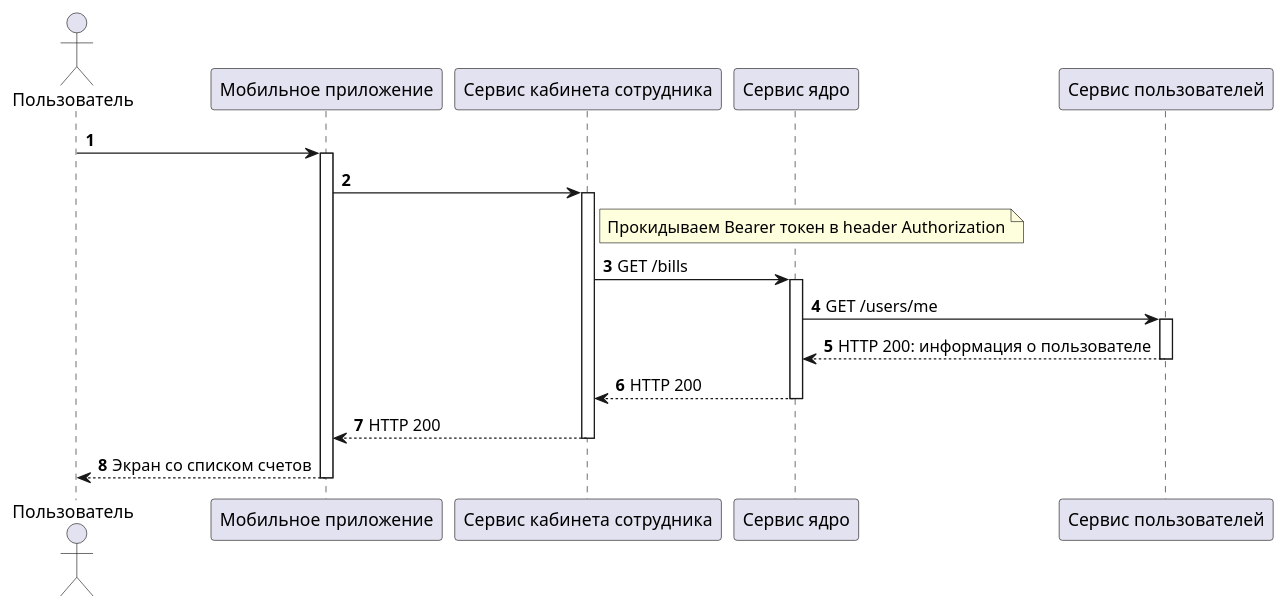
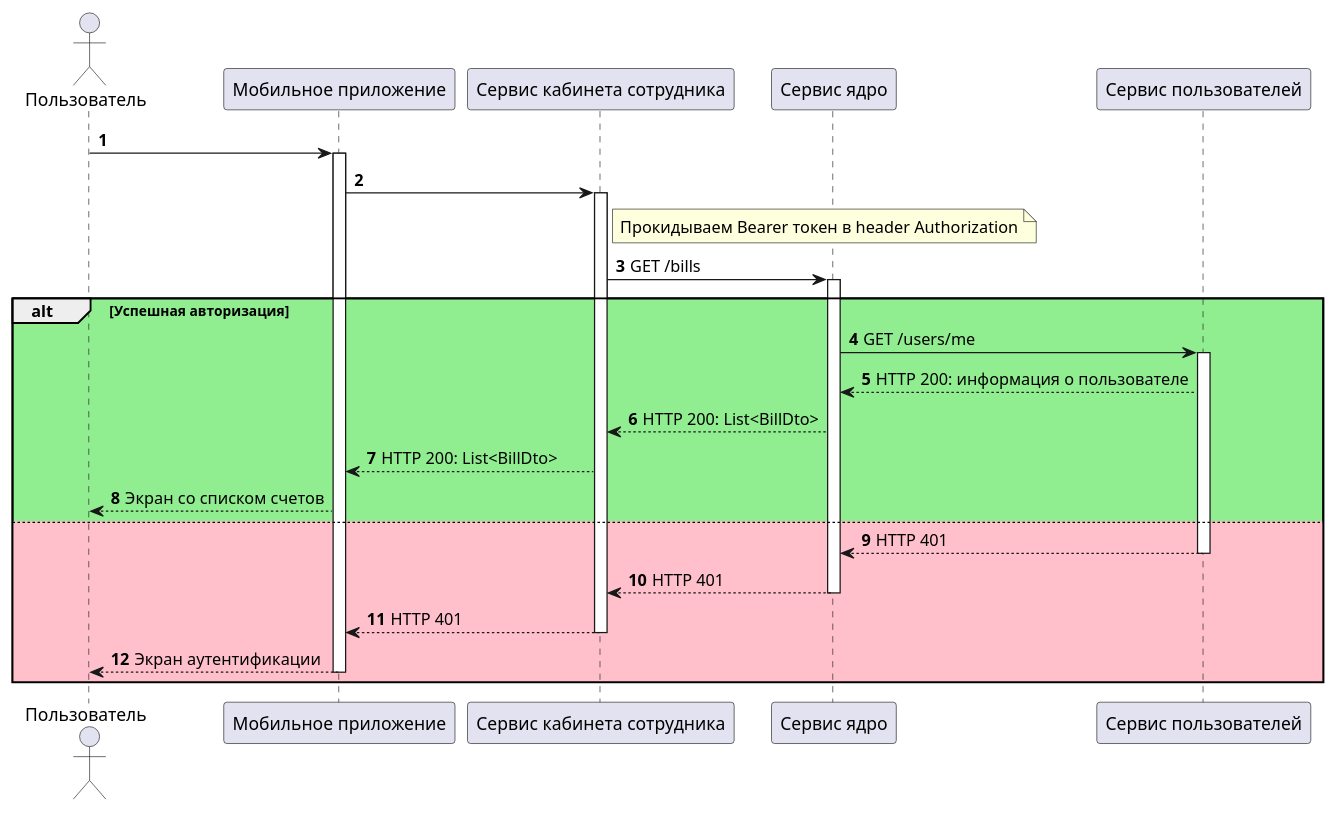
Before and after one commit to AlekseyFeofilov/HubaBank: the diagram in diagrams/employer/Посмотреть все счета.puml, drawn with PlantUML. The commit also changed 9 other files, not shown here.

Commit message:
Правка сиквенс диаграмм

```diff
--- a/diagrams/employer/Посмотреть все счета.puml
+++ b/diagrams/employer/Посмотреть все счета.puml
@@ -1,32 +1,39 @@
 @startuml
 'https://plantuml.com/sequence-diagram
 
 autonumber
 
 actor "Пользователь" as User
 participant "Мобильное приложение" as MobileApp
 participant "Сервис кабинета сотрудника" as EmployerService
 participant "Сервис ядро" as CoreService
 participant "Сервис пользователей" as UserService
 
 User -> MobileApp
 activate MobileApp
 
     MobileApp -> EmployerService
     activate EmployerService
 
         note right EmployerService
         Прокидываем Bearer токен в header Authorization
         end note
 
         EmployerService -> CoreService: GET /bills
         activate CoreService
 
+alt #lightgreen Успешная авторизация
             CoreService -> UserService: GET /users/me
             activate UserService
-            return HTTP 200: информация о пользователе
-        return HTTP 200
-    return HTTP 200
-return Экран со списком счетов
+            CoreService <-- UserService: HTTP 200: информация о пользователе
+            EmployerService <-- CoreService: HTTP 200: List<BillDto>
+            MobileApp <-- EmployerService: HTTP 200: List<BillDto>
+            User <-- MobileApp: Экран со списком счетов
+else #pink
+            return HTTP 401
+        return HTTP 401
+    return HTTP 401
+return Экран аутентификации
+end
 
 @enduml
```
